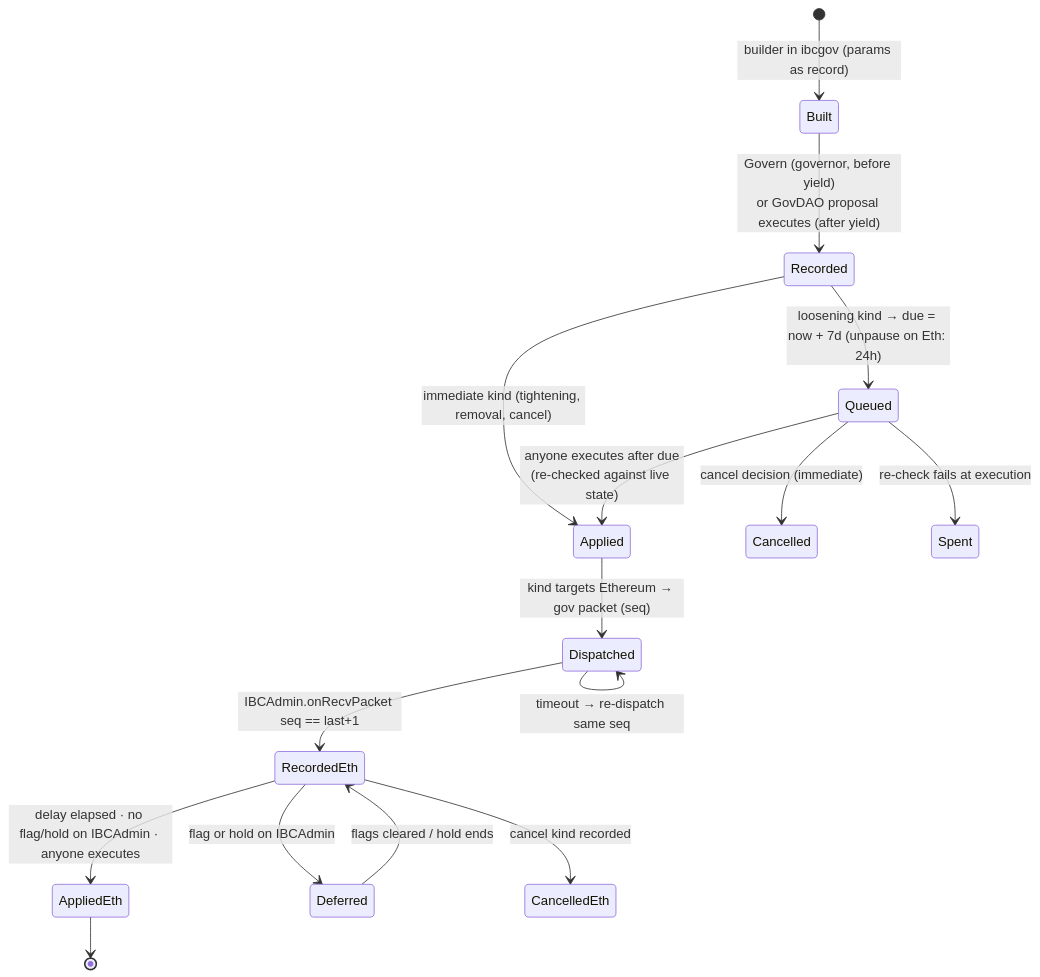
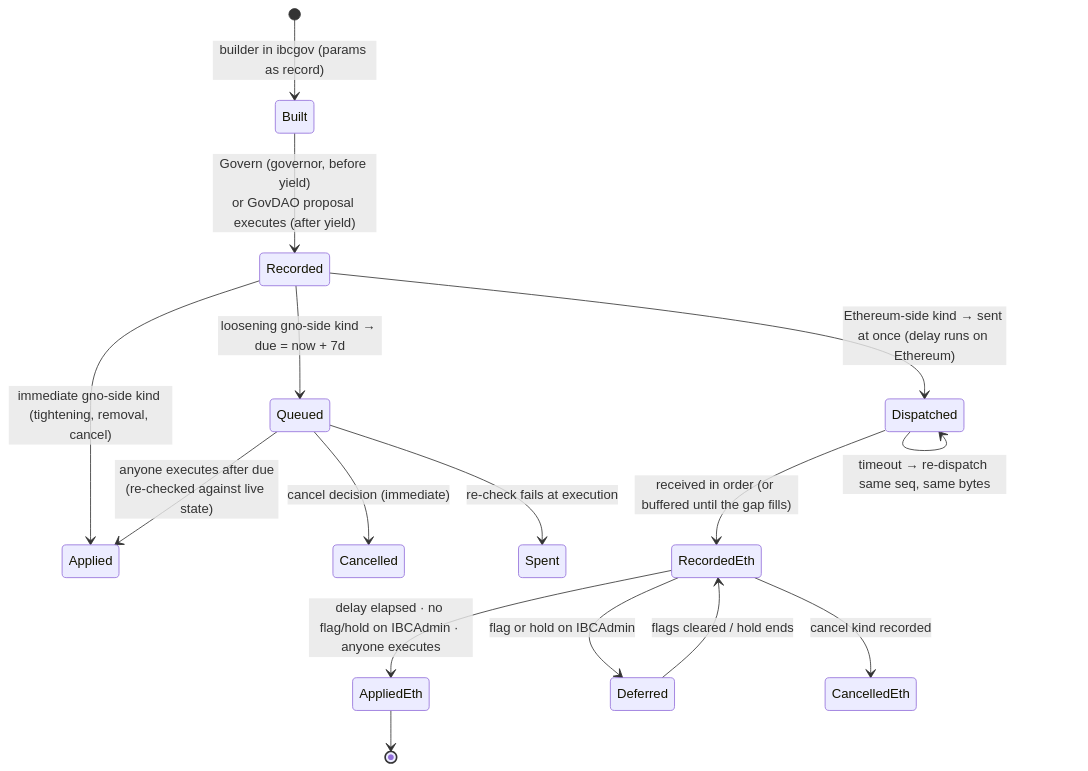
One commit to gnolang/gno changed the seventh of 13 diagrams in gno.land/adr/prxxxx_ibc_ethereum.md. Above: the diagram before and after it, drawn with Mermaid. The commit also changed other lines of this file, not shown here.

First line of the commit message:
docs(adr): fold a review of the gno.land - Ethereum IBC ADR

````diff
--- a/gno.land/adr/prxxxx_ibc_ethereum.md
+++ b/gno.land/adr/prxxxx_ibc_ethereum.md
@@ -404,18 +426,18 @@
 ```mermaid
 stateDiagram-v2
   [*] --> Built: builder in ibcgov (params as record)
   Built --> Recorded: Govern (governor, before yield)<br/>or GovDAO proposal executes (after yield)
-  Recorded --> Applied: immediate kind (tightening, removal, cancel)
-  Recorded --> Queued: loosening kind → due = now + 7d (unpause on Eth: 24h)
+  Recorded --> Applied: immediate gno-side kind (tightening, removal, cancel)
+  Recorded --> Queued: loosening gno-side kind → due = now + 7d
+  Recorded --> Dispatched: Ethereum-side kind → sent at once (delay runs on Ethereum)
   Queued --> Cancelled: cancel decision (immediate)
   Queued --> Applied: anyone executes after due<br/>(re-checked against live state)
   Queued --> Spent: re-check fails at execution
-  Applied --> Dispatched: kind targets Ethereum → gov packet (seq)
-  Dispatched --> RecordedEth: IBCAdmin.onRecvPacket seq == last+1
-  Dispatched --> Dispatched: timeout → re-dispatch same seq
+  Dispatched --> RecordedEth: received in order (or buffered until the gap fills)
+  Dispatched --> Dispatched: timeout → re-dispatch same seq, same bytes
   RecordedEth --> AppliedEth: delay elapsed · no flag/hold on IBCAdmin · anyone executes
   RecordedEth --> Deferred: flag or hold on IBCAdmin
   Deferred --> RecordedEth: flags cleared / hold ends
   RecordedEth --> CancelledEth: cancel kind recorded
   AppliedEth --> [*]
 ```
````
